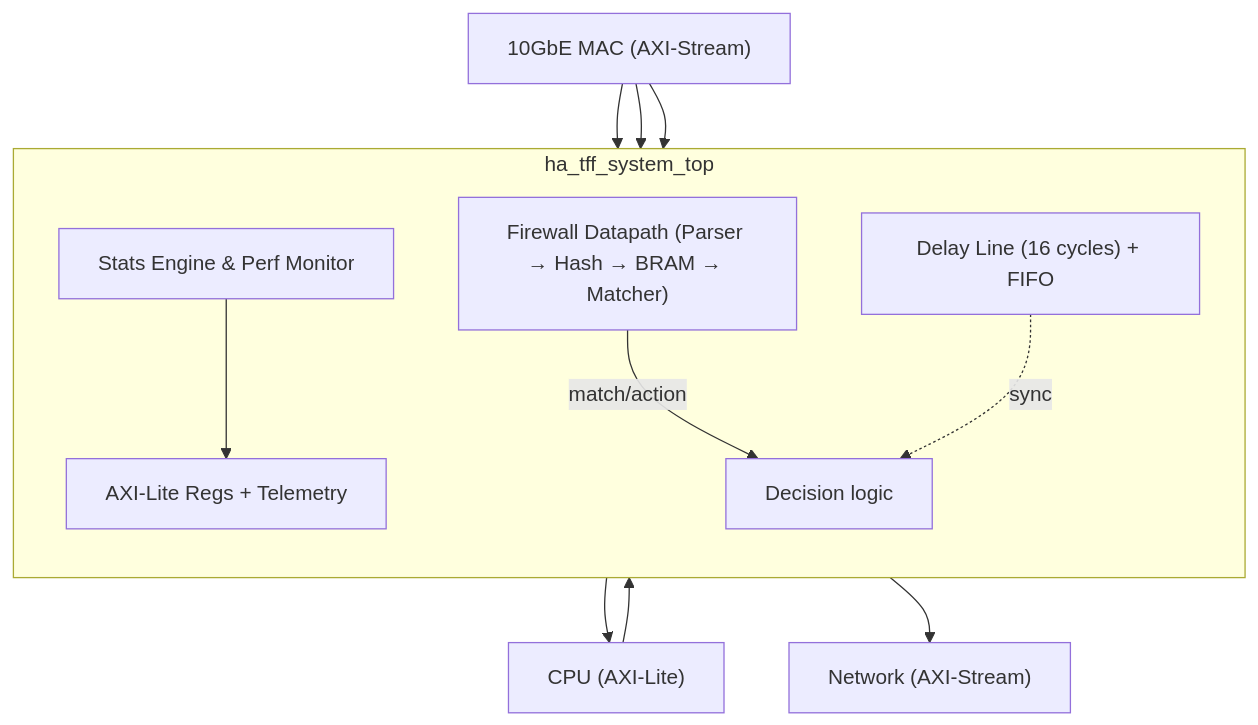
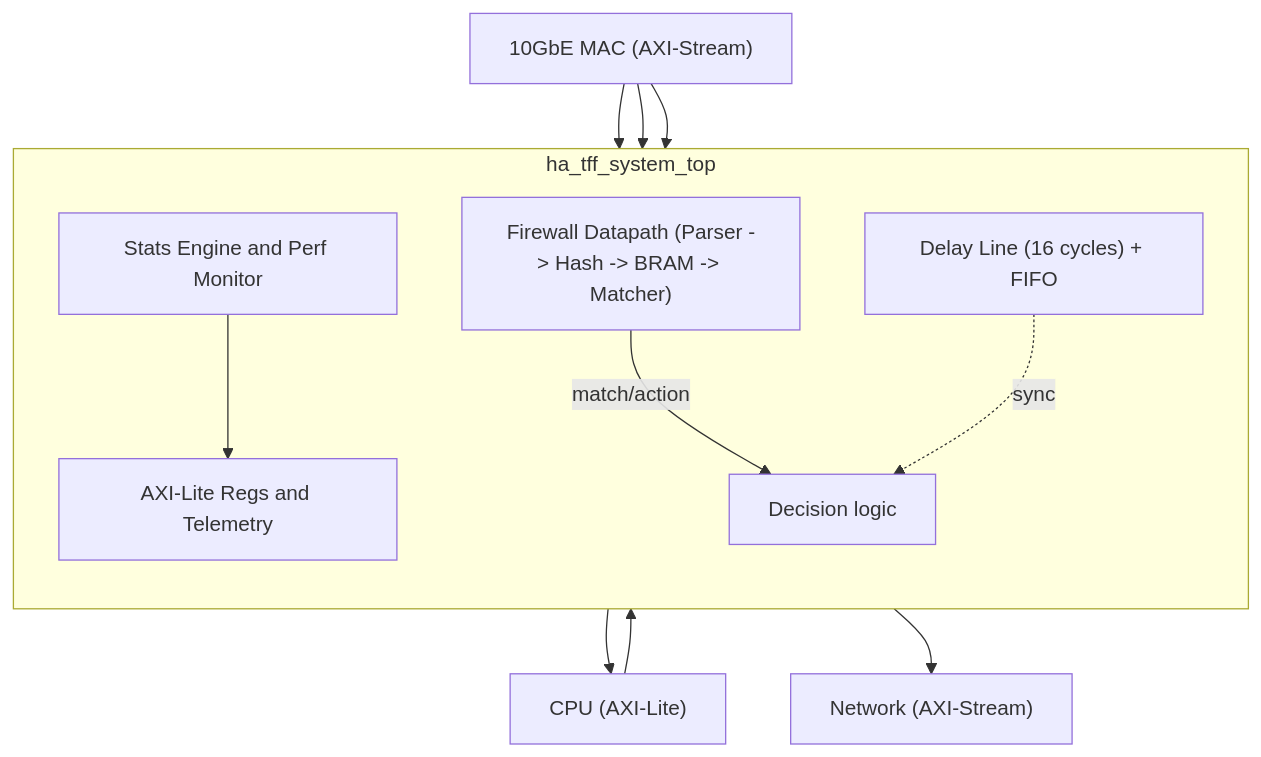
One commit to Ganeshkumara26/HA-TFF changed the diagram in README.md. Above: the diagram before and after it, drawn with Mermaid.

Commit message:
Fix Mermaid syntax for GitHub compatibility

````diff
--- a/README.md
+++ b/README.md
@@ -19,25 +19,29 @@
 ```mermaid
 flowchart TD
+    CPU["CPU (AXI-Lite)"]
+    MAC["10GbE MAC (AXI-Stream)"]
+    Network["Network (AXI-Stream)"]
+
     subgraph System["ha_tff_system_top"]
         direction TB
         
-        Regs["AXI-Lite Regs + Telemetry"]
-        Datapath["Firewall Datapath (Parser → Hash → BRAM → Matcher)"]
+        Regs["AXI-Lite Regs and Telemetry"]
+        Datapath["Firewall Datapath (Parser -> Hash -> BRAM -> Matcher)"]
         Decision["Decision logic"]
         Delay["Delay Line (16 cycles) + FIFO"]
-        Stats["Stats Engine & Perf Monitor"]
+        Stats["Stats Engine and Perf Monitor"]
         
         Datapath -->|match/action| Decision
         Delay -.->|sync| Decision
     end
 
-    CPU["CPU (AXI-Lite)"] --> Regs
+    CPU --> Regs
     Regs --> CPU
     
-    MAC["10GbE MAC (AXI-Stream)"] --> Datapath
+    MAC --> Datapath
     MAC --> Delay
     MAC --> Stats
     
-    Decision --> Network["Network (AXI-Stream)"]
+    Decision --> Network
     Stats --> Regs
 ```
````
